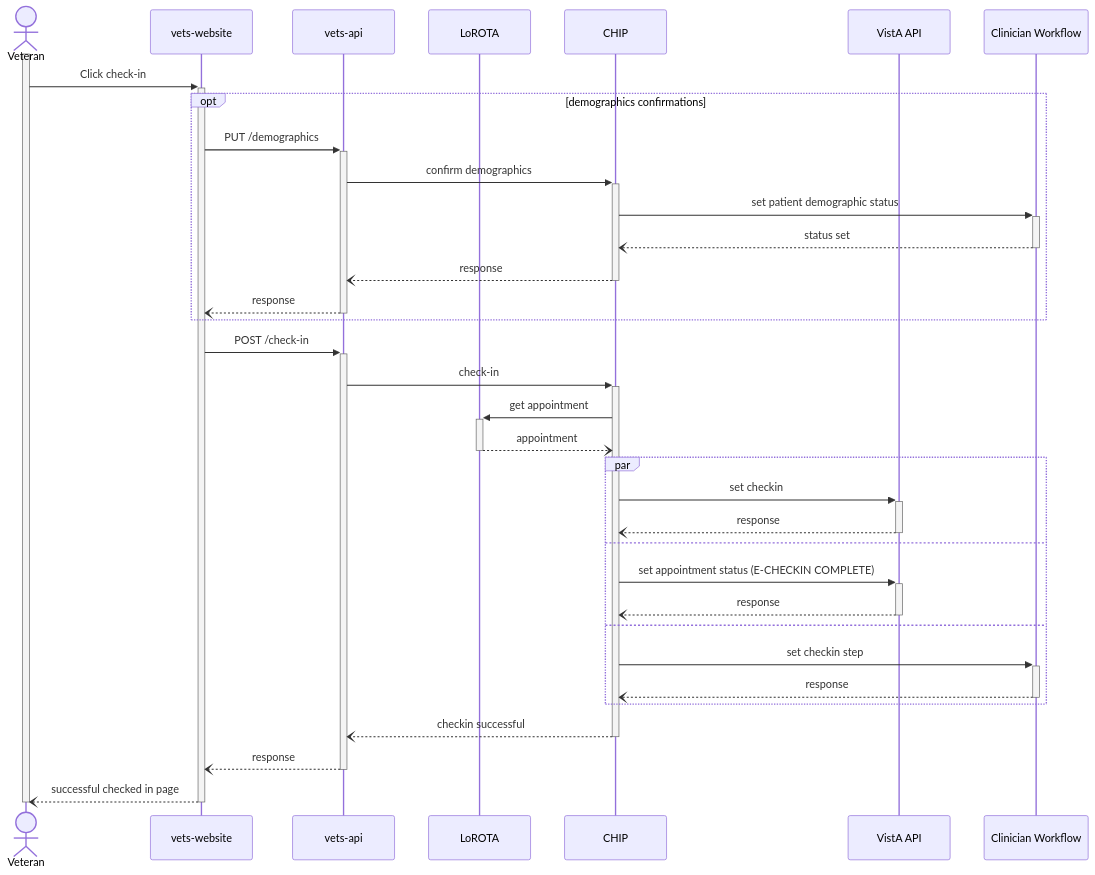
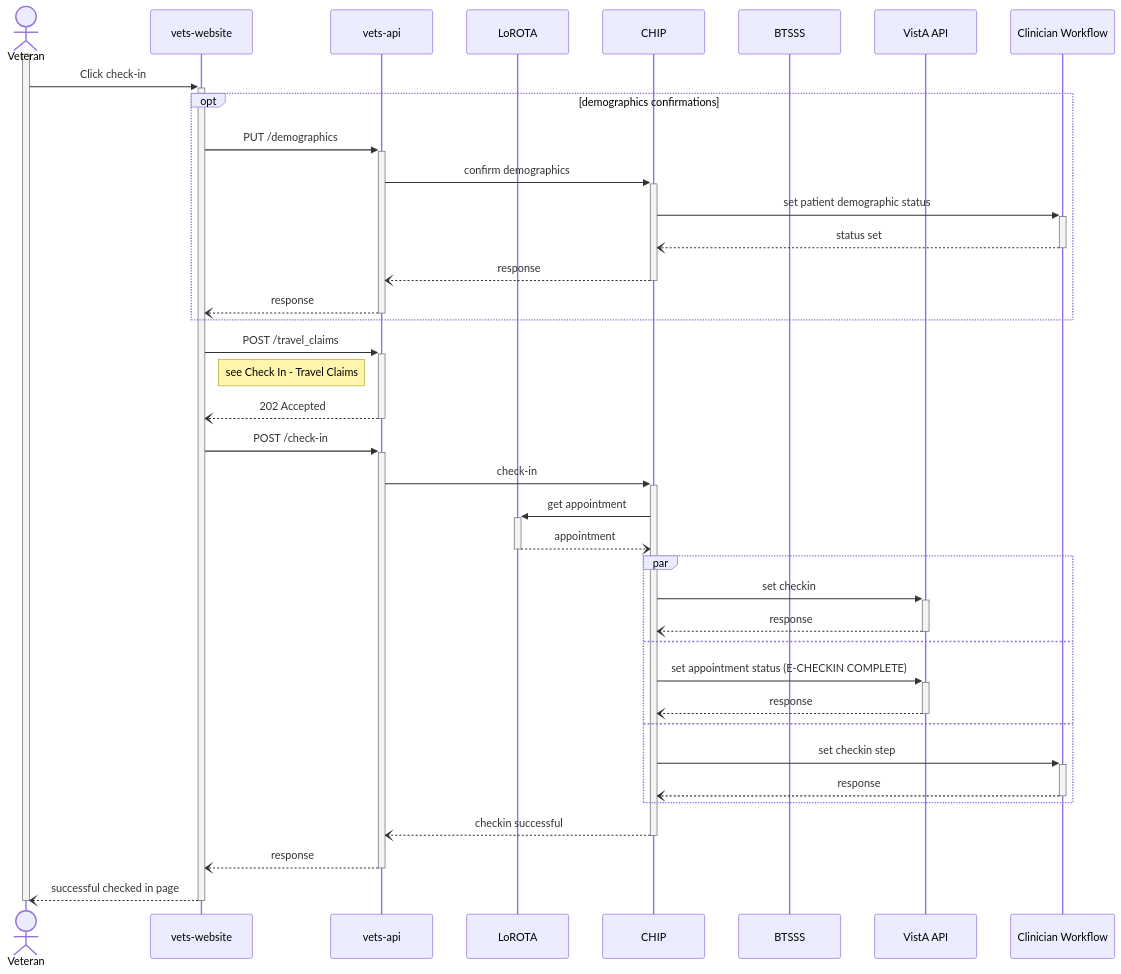
The fifth of 5 diagrams in products/health-care/checkin/engineering/architecture-diagrams/sequenceDiagram_checkInExp.md (department-of-veterans-affairs/va.gov-team), drawn with Mermaid before and after one commit. The commit also changed other lines of this file, not shown here.

Commit message:
Add reference to travel claims in check-in SD

````diff
--- a/products/health-care/checkin/engineering/architecture-diagrams/sequenceDiagram_checkInExp.md
+++ b/products/health-care/checkin/engineering/architecture-diagrams/sequenceDiagram_checkInExp.md
@@ -302,39 +302,43 @@
 ```mermaid
 sequenceDiagram
     actor vet as Veteran
     participant web as vets-website
     participant api as vets-api
     participant l as LoROTA
     participant c as CHIP
+    participant btsss as BTSSS
     participant va as VistA API
     participant cw as Clinician Workflow
 
     activate vet
     vet->>+web: Click check-in
     opt demographics confirmations
         web->>+api: PUT /demographics
         api->>+c: confirm demographics
         c->>+cw: set patient demographic status
         cw--)-c: status set
         c--)-api: response
         api--)-web: response
     end
+    web->>+api: POST /travel_claims
+    note right of web: see Check In - Travel Claims
+    api--)-web: 202 Accepted
     web->>+api: POST /check-in
     api->>+c: check-in
     c->>+l: get appointment
     l--)-c: appointment
     par
         c->>+va: set checkin
         va--)-c: response
     and
         c->>+va: set appointment status (E-CHECKIN COMPLETE)
         va--)-c: response
     and
         c->>+cw: set checkin step
         cw--)-c: response
     end
     c--)-api: checkin successful
     api--)-web: response
     web--)-vet: successful checked in page
     deactivate vet
 ```
````
